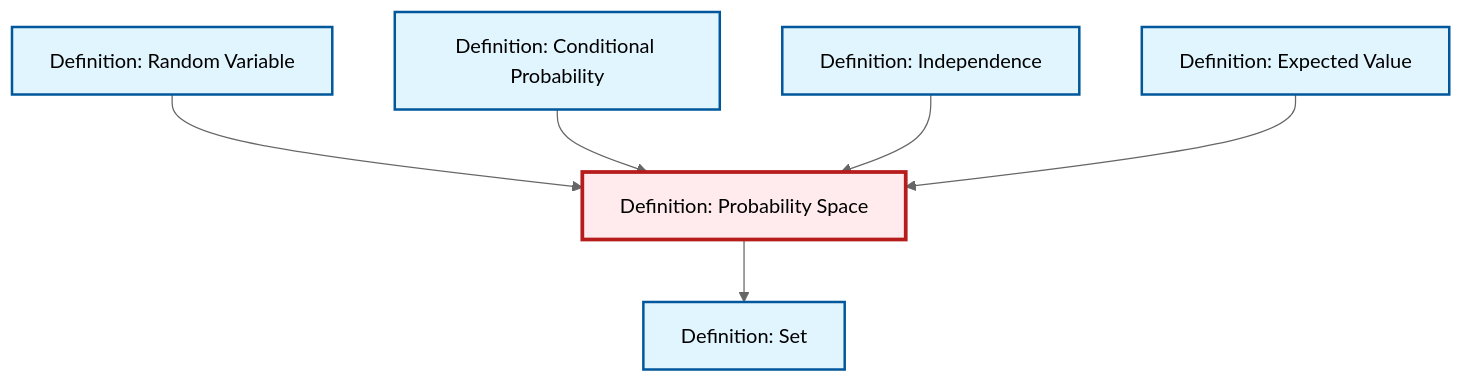
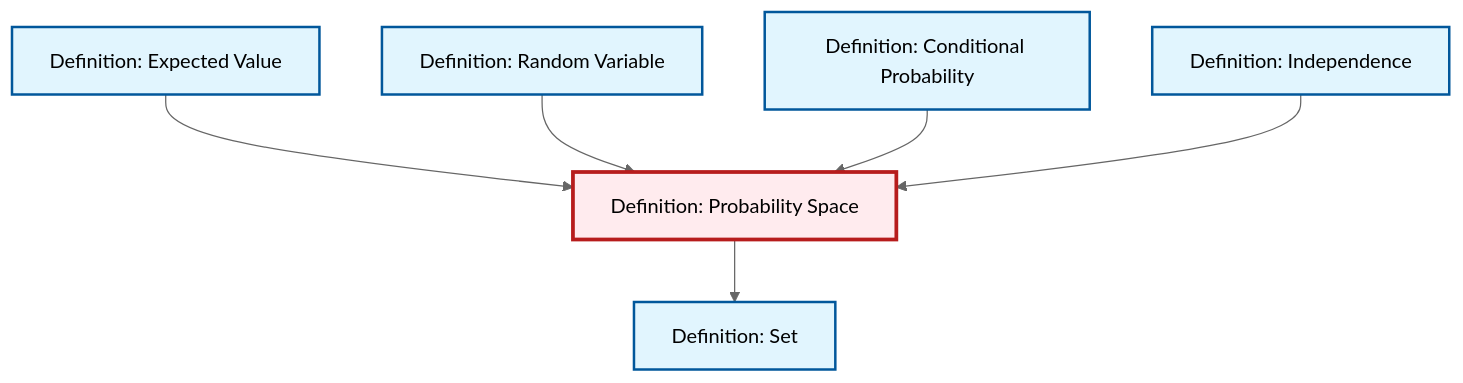
Before and after one commit to RK0429/ModernMath: the diagram in content/ja/probability-statistics/def-probability-space.qmd, drawn with Mermaid (neutral theme). The commit also changed other lines of this file and 615 other files, not shown here.

````diff
--- a/content/ja/probability-statistics/def-probability-space.qmd
+++ b/content/ja/probability-statistics/def-probability-space.qmd
@@ -47,26 +47,26 @@
 ```{mermaid}
 %%| fig-cap: "Local dependency graph"
 graph TD
     classDef definition fill:#e1f5fe,stroke:#01579b,stroke-width:2px
     classDef theorem fill:#f3e5f5,stroke:#4a148c,stroke-width:2px
     classDef axiom fill:#fff3e0,stroke:#e65100,stroke-width:2px
     classDef example fill:#e8f5e9,stroke:#1b5e20,stroke-width:2px
     classDef current fill:#ffebee,stroke:#b71c1c,stroke-width:3px
+    def-independence["Definition: Independence"]:::definition
     def-set["Definition: Set"]:::definition
+    def-probability-space["Definition: Probability Space"]:::definition
+    def-random-variable["Definition: Random Variable"]:::definition
     def-expectation["Definition: Expected Value"]:::definition
-    def-random-variable["Definition: Random Variable"]:::definition
-    def-probability-space["Definition: Probability Space"]:::definition
     def-conditional-probability["Definition: Conditional Probability"]:::definition
-    def-independence["Definition: Independence"]:::definition
-    def-probability-space --> def-set
+    def-expectation --> def-probability-space
     def-random-variable --> def-probability-space
     def-conditional-probability --> def-probability-space
     def-independence --> def-probability-space
-    def-expectation --> def-probability-space
+    def-probability-space --> def-set
     class def-probability-space current
+    click def-independence "def-independence.html" "Definition: Independenceへ"
     click def-set "def-set.html" "Definition: Setへ"
+    click def-random-variable "def-random-variable.html" "Definition: Random Variableへ"
     click def-expectation "def-expectation.html" "Definition: Expected Valueへ"
-    click def-random-variable "def-random-variable.html" "Definition: Random Variableへ"
     click def-conditional-probability "def-conditional-probability.html" "Definition: Conditional Probabilityへ"
-    click def-independence "def-independence.html" "Definition: Independenceへ"
 ```
````
